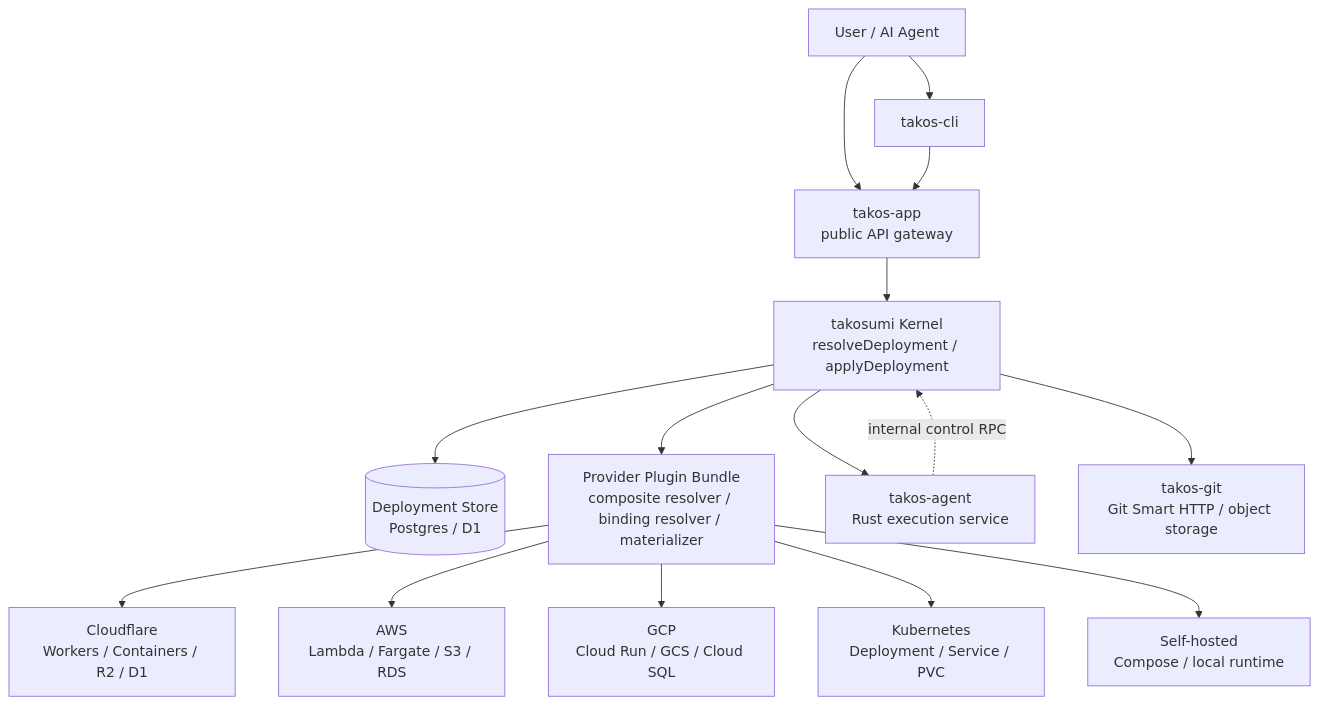
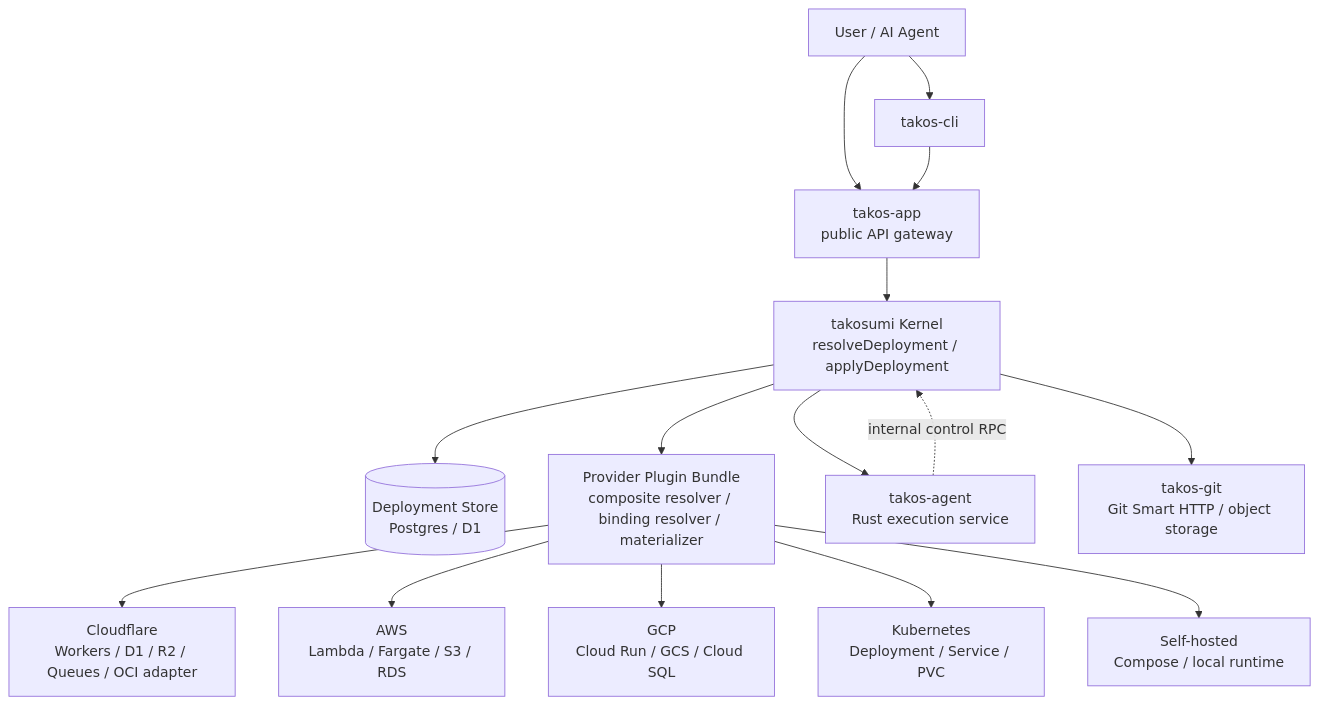
Before and after one commit to tako0614/takos: the first of 4 diagrams in docs/architecture/diagrams.md, drawn with Mermaid.

Commit message:
docs(architecture): show cloudflare worker-first resources

````diff
--- a/docs/architecture/diagrams.md
+++ b/docs/architecture/diagrams.md
@@ -22,31 +22,31 @@
 ```mermaid
 graph TB
   User[User / AI Agent]
   CLI[takos-cli]
   AppGateway[takos-app<br/>public API gateway]
   Kernel[takosumi Kernel<br/>resolveDeployment / applyDeployment]
   Storage[(Deployment Store<br/>Postgres / D1)]
   Plugin[Provider Plugin Bundle<br/>composite resolver / binding resolver / materializer]
   Agent[takos-agent<br/>Rust execution service]
   Git[takos-git<br/>Git Smart HTTP / object storage]
-  CF[Cloudflare<br/>Workers / Containers / R2 / D1]
+  CF[Cloudflare<br/>Workers / D1 / R2 / Queues / OCI adapter]
   AWS[AWS<br/>Lambda / Fargate / S3 / RDS]
   GCP[GCP<br/>Cloud Run / GCS / Cloud SQL]
   K8S[Kubernetes<br/>Deployment / Service / PVC]
   Self[Self-hosted<br/>Compose / local runtime]
 
   User --> CLI
   User --> AppGateway
   CLI --> AppGateway
   AppGateway --> Kernel
   Kernel --> Storage
   Kernel --> Plugin
   Kernel --> Agent
   Kernel --> Git
   Plugin --> CF
   Plugin --> AWS
   Plugin --> GCP
   Plugin --> K8S
   Plugin --> Self
   Agent -. internal control RPC .-> Kernel
 ```
````
